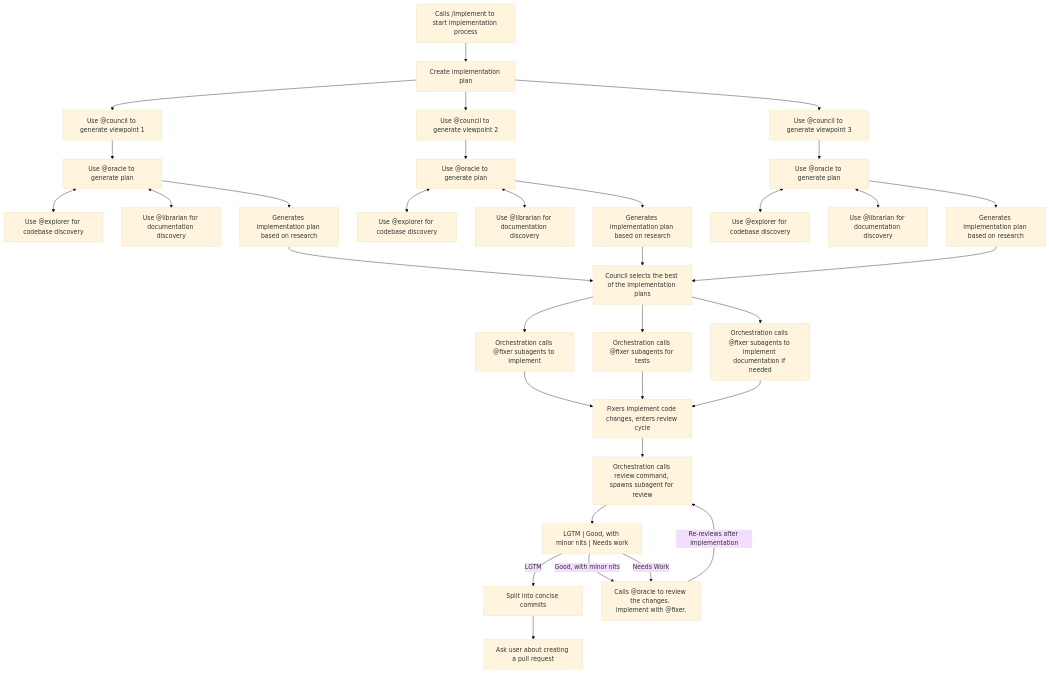
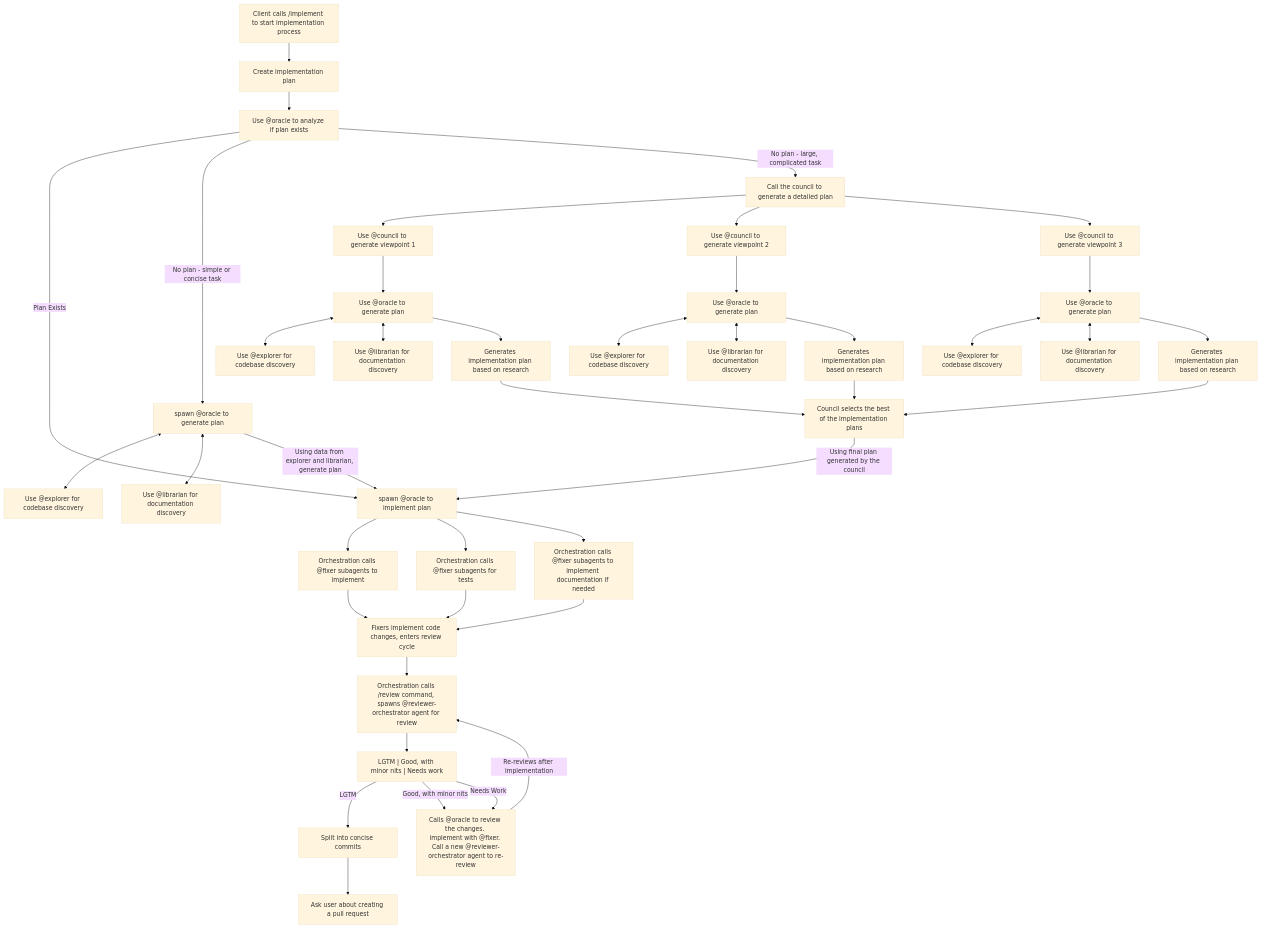
The diagram in opencode/.config/opencode/command/implement.md (joseiciano/dotfiles), drawn with Mermaid (base theme) before and after one commit. The commit also changed other lines of this file and 23 other files, not shown here.

````diff
--- a/opencode/.config/opencode/command/implement.md
+++ b/opencode/.config/opencode/command/implement.md
@@ -24,42 +36,53 @@
 ```mermaid
 flowchart TD
-    Client[Calls /implement to start implementation process] --> Orchestration[Create implementation plan]
+    Client[Client calls /implement to start implementation process] --> Orchestration[Create implementation plan]
 
-    Orchestration --> Council1[Use @council to generate viewpoint 1]
+    Orchestration --> Planner[Use @oracle to analyze if plan exists]
+    Planner -- "Plan Exists" --> Plan[Spawn @oracle to implement plan]
+
+    Planner -- "No plan - simple or concise task" --> OraclePlanner[spawn @oracle to generate plan]
+    OraclePlanner <--> ExplorerPlanner[Use @explorer for codebase discovery]
+    OraclePlanner <--> LibraryPlanner[Use @librarian for documentation discovery]
+    OraclePlanner -- Using data from explorer and librarian, generate plan --> Plan[spawn @oracle to implement plan]
+    
+    Planner -- "No plan - large, complicated task" --> CouncilCall[Call the council to generate a detailed plan]
+    CouncilCall --> Council1[Use @council to generate viewpoint 1]
     Council1 --> Oracle1[Use @oracle to generate plan]
     Oracle1 <--> Explorer1[Use @explorer for codebase discovery]
     Oracle1 <--> Library1[Use @librarian for documentation discovery]
     Oracle1 --> Plan1[Generates implementation plan based on research]
 
-    Orchestration --> Council2[Use @council to generate viewpoint 2]
+    CouncilCall --> Council2[Use @council to generate viewpoint 2]
     Council2 --> Oracle2[Use @oracle to generate plan]
     Oracle2 <--> Explorer2[Use @explorer for codebase discovery]
     Oracle2 <--> Library2[Use @librarian for documentation discovery]
     Oracle2 --> Plan2[Generates implementation plan based on research]
 
-    Orchestration --> Council3[Use @council to generate viewpoint 3]
+    CouncilCall --> Council3[Use @council to generate viewpoint 3]
     Council3 --> Oracle3[Use @oracle to generate plan]
     Oracle3 <--> Explorer3[Use @explorer for codebase discovery]
     Oracle3 <--> Library3[Use @librarian for documentation discovery]
     Oracle3 --> Plan3[Generates implementation plan based on research]
 
     Plan1 --> Council[Council selects the best of the implementation plans]
     Plan2 --> Council[Council selects the best of the implementation plans]
     Plan3 --> Council[Council selects the best of the implementation plans]
 
-    Council --> FixerBlock1[Orchestration calls @fixer subagents to implement]
-    Council --> FixerBlock2[Orchestration calls @fixer subagents for tests]
-    Council --> FixerBlock3[Orchestration calls @fixer subagents to implement documentation if needed]
+    Council -- "Using final plan generated by the council" --> Plan[spawn @oracle to implement plan]
+
+    Plan --> FixerBlock1[Orchestration calls @fixer subagents to implement]
+    Plan --> FixerBlock2[Orchestration calls @fixer subagents for tests]
+    Plan --> FixerBlock3[Orchestration calls @fixer subagents to implement documentation if needed]
 
     FixerBlock1 --> Imp[Fixers implement code changes, enters review cycle]
     FixerBlock2 --> Imp[Fixers implement code changes, enters review cycle]
     FixerBlock3 --> Imp[Fixers implement code changes, enters review cycle]
-    Imp --> Reviewer[Orchestration calls review command, spawns subagent for review]
-    Reviewer --> LGTMCheck["LGTM | Good, with minor nits | Needs work"]
+    Imp --> Reviewer-Orchestrator[Orchestration calls /review command, spawns @reviewer-orchestrator agent for review]
+    Reviewer-Orchestrator --> LGTMCheck["LGTM | Good, with minor nits | Needs work"]
     LGTMCheck -- "LGTM" --> Commits[Split into concise commits]
-    LGTMCheck -- "Good, with minor nits" --> ReviewOracle[Calls @oracle to review the changes. implement with @fixer if needed]
-    LGTMCheck -- "Needs Work" --> ReviewOracle[Calls @oracle to review the changes. implement with @fixer.]
-    ReviewOracle -- "Re-reviews after implementation" --> Reviewer
+    LGTMCheck -- "Good, with minor nits" --> ReviewOracle[Calls @oracle to review the changes suggested. implement with @fixer if needed. Call a new @reviewer-orchestrator agent to re-review]
+    LGTMCheck -- "Needs Work" --> ReviewOracle[Calls @oracle to review the changes. implement with @fixer. Call a new @reviewer-orchestrator agent to re-review]
+    ReviewOracle -- "Re-reviews after implementation" --> Reviewer-Orchestrator
 
     Commits --> EndUser["Ask user about creating a pull request"]
 ```
````
